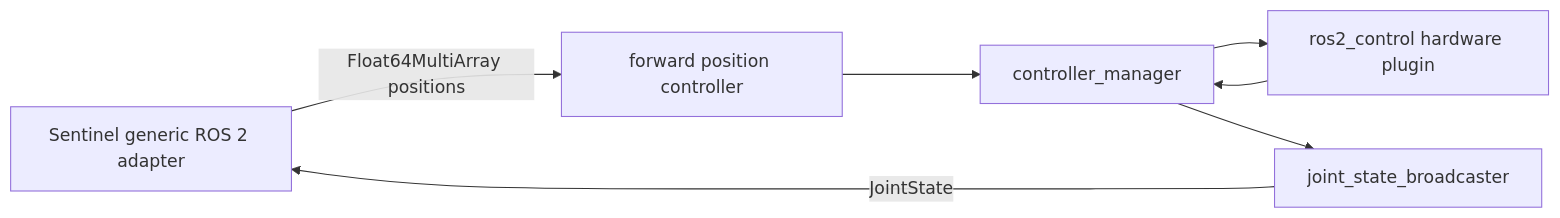
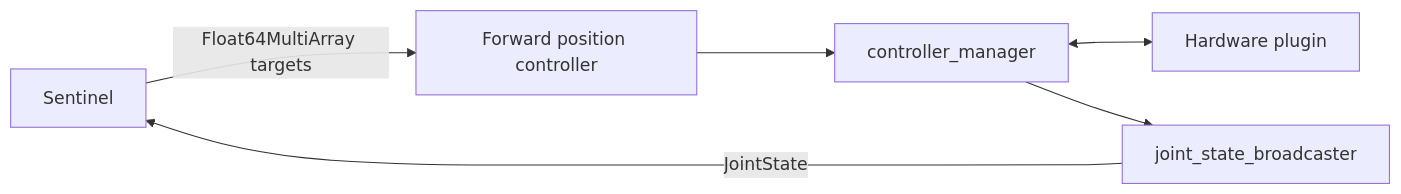
The diagram in ros2/examples/ros2-control.mdx (avearobotics/docs), drawn with Mermaid before and after one commit. The commit also changed other lines of this file and 15 other files, not shown here.

````diff
--- a/ros2/examples/ros2-control.mdx
+++ b/ros2/examples/ros2-control.mdx
@@ -14,15 +8,14 @@
 ```mermaid
 flowchart LR
-    S["Sentinel generic ROS 2 adapter"]
-    FPC["forward position controller"]
+    S["Sentinel"]
+    FPC["Forward position controller"]
+    CM["controller_manager"]
+    HW["Hardware plugin"]
     JSB["joint_state_broadcaster"]
-    CM["controller_manager"]
-    HW["ros2_control hardware plugin"]
 
-    S -->|"Float64MultiArray positions"| FPC
+    S -->|"Float64MultiArray targets"| FPC
     FPC --> CM
-    CM --> HW
-    HW --> CM
+    CM <--> HW
     CM --> JSB
     JSB -->|"JointState"| S
 ```
````
